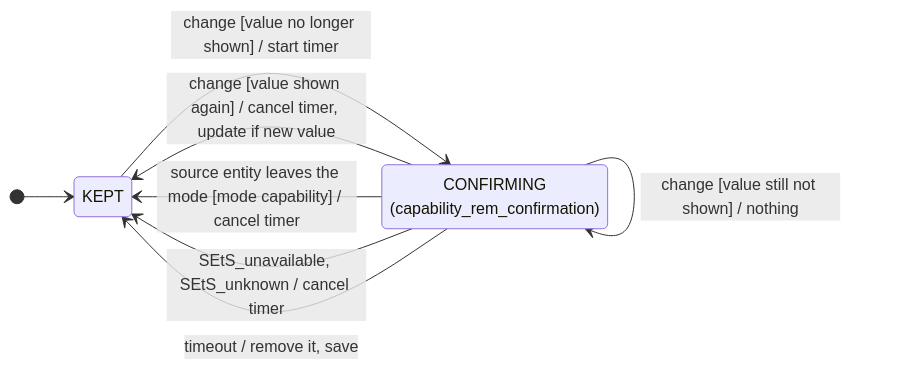
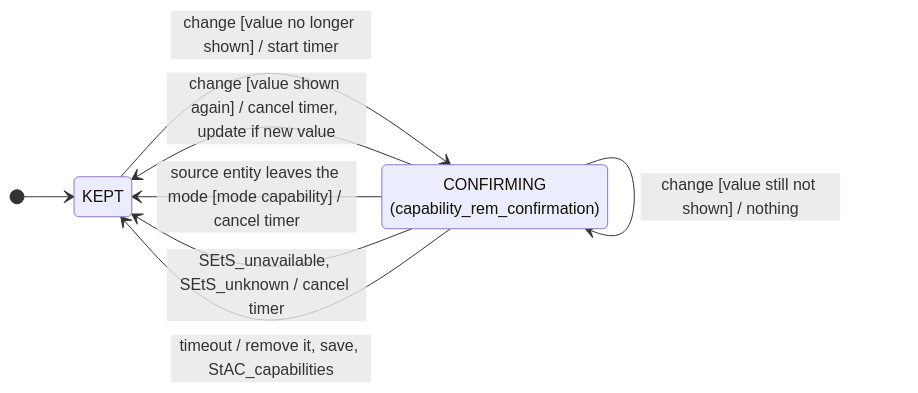
The third of 12 diagrams in SPEC.md (marsoupilami25/adaptative-climate), drawn with Mermaid before and after one commit. The commit also changed other lines of this file, not shown here.

````diff
--- a/SPEC.md
+++ b/SPEC.md
@@ -301,13 +338,13 @@
 ```mermaid
 stateDiagram-v2
     direction LR
     state "KEPT" as K
     state "CONFIRMING<br/>(capability_rem_confirmation)" as C
     [*] --> K
     K --> C : change [value no longer shown] / start timer
     C --> C : change [value still not shown] / nothing
     C --> K : change [value shown again] / cancel timer, update if new value
     C --> K : source entity leaves the mode [mode capability] / cancel timer
     C --> K : SEtS_unavailable, SEtS_unknown / cancel timer
-    C --> K : timeout / remove it, save
+    C --> K : timeout / remove it, save, StAC_capabilities
 ```
````
